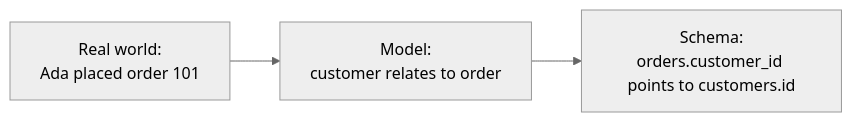
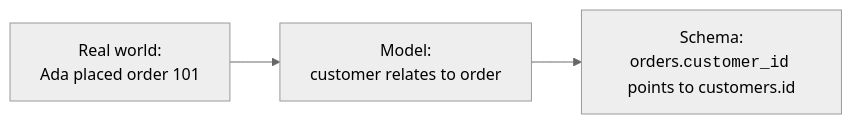
One commit to dataslope/dataslope changed the third of 6 diagrams in content/learn/database-design-postgresql/what-are-relationships.mdx. Above: the diagram before and after it, drawn with Mermaid (neutral theme). The commit also changed other lines of this file and 218 other files, not shown here.

First line of the commit message:
Render code-only mermaid shapes in monospace; convert step sequences to Steps (#467)

````diff
--- a/content/learn/database-design-postgresql/what-are-relationships.mdx
+++ b/content/learn/database-design-postgresql/what-are-relationships.mdx
@@ -49,5 +49,5 @@
 ```mermaid
 flowchart LR
     Real["Real world:<br/>Ada placed order 101"] --> Model["Model:<br/>customer relates to order"]
-    Model --> Schema["Schema:<br/>orders.customer_id points to customers.id"]
+    Model --> Schema["Schema:<br/>orders.<code>customer_id</code> points to customers.id"]
 ```
````
